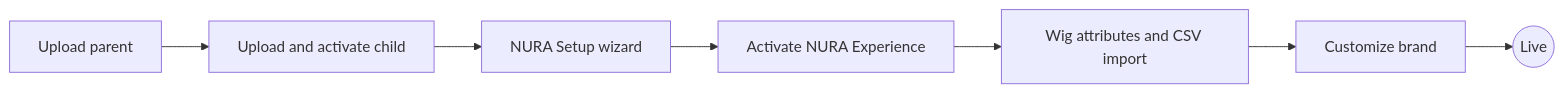
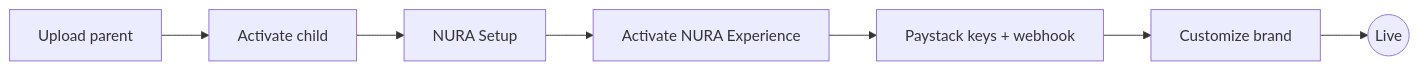
One commit to moselanto/nurabeauty.co.ke changed the fifth of 5 diagrams in README.md. Above: the diagram before and after it, drawn with Mermaid. The commit also changed other lines of this file, not shown here.

````diff
--- a/README.md
+++ b/README.md
@@ -263,4 +318,4 @@
 ```mermaid
 flowchart LR
-    A[Upload parent] --> B[Upload and activate child] --> C[NURA Setup wizard] --> D[Activate NURA Experience] --> E[Wig attributes and CSV import] --> F[Customize brand] --> G((Live))
+    A[Upload parent] --> B[Activate child] --> C[NURA Setup] --> D[Activate NURA Experience] --> E[Paystack keys + webhook] --> F[Customize brand] --> G((Live))
 ```
````
